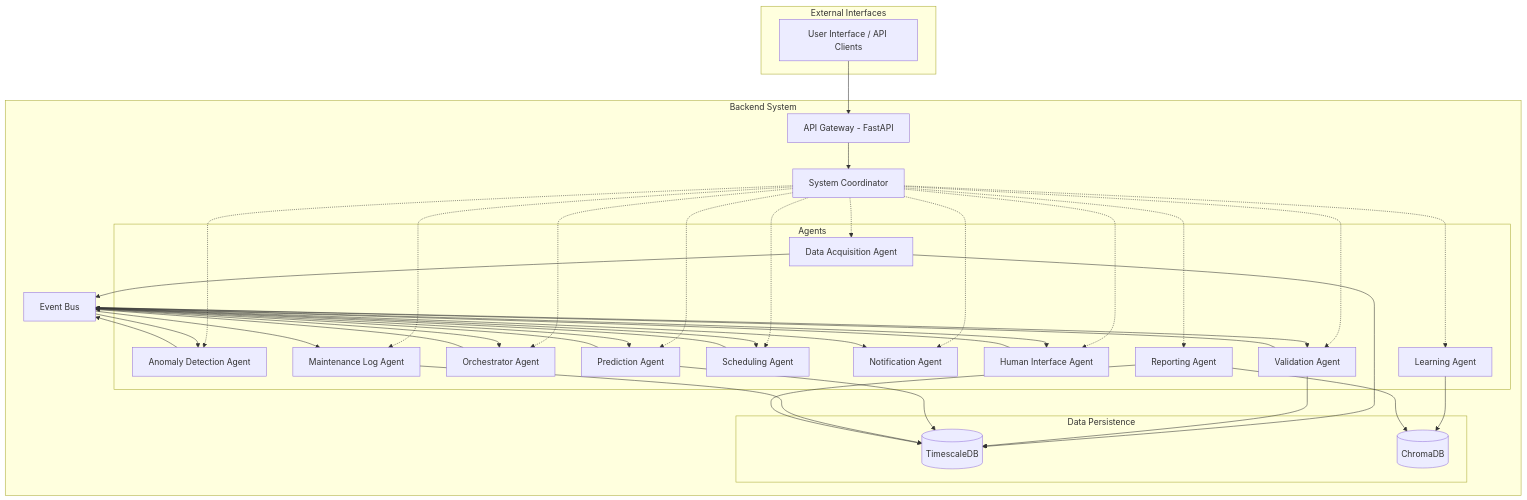
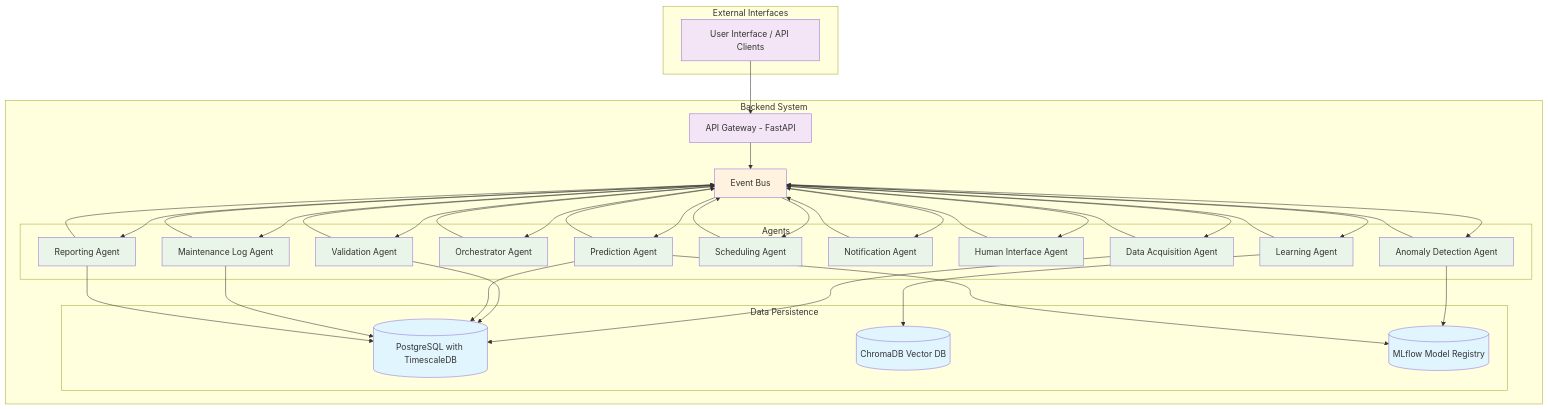
Diagram 15 of 15 in smart-maintenance-saas/docs/SYSTEM_AND_ARCHITECTURE.md (YanCotta/enterprise_challenge_sprint_1_hermes_reply), drawn with Mermaid before and after one commit. The commit also changed other lines of this file, not shown here.

Commit message:
refactor: enhance SYSTEM_AND_ARCHITECTURE.md with additional database ERD visuals and service documentation for improved clarity and detail

````diff
--- a/smart-maintenance-saas/docs/SYSTEM_AND_ARCHITECTURE.md
+++ b/smart-maintenance-saas/docs/SYSTEM_AND_ARCHITECTURE.md
@@ -1118,69 +1220,77 @@
 ```mermaid
 graph TD
     subgraph "External Interfaces"
         UI[User Interface / API Clients]
     end
 
     subgraph "Backend System"
         API[API Gateway - FastAPI]
         EventBus[Event Bus]
-        SystemCoordinator[System Coordinator]
 
         subgraph "Agents"
             DAA[Data Acquisition Agent]
             ADA[Anomaly Detection Agent]
             VA[Validation Agent]
             Orch[Orchestrator Agent]
             PA[Prediction Agent]
             SA[Scheduling Agent]
             NA[Notification Agent]
             HIA[Human Interface Agent]
             RA[Reporting Agent]
             LA[Learning Agent]
             MLA[Maintenance Log Agent]
         end
 
         subgraph "Data Persistence"
-            DB[(TimescaleDB)]
-            VDB[(ChromaDB)]
+            DB[(PostgreSQL with TimescaleDB)]
+            VDB[(ChromaDB Vector DB)]
+            MLF[(MLflow Model Registry)]
         end
     end
 
     UI --> API
-    API --> SystemCoordinator
-    SystemCoordinator -.-> DAA
-    SystemCoordinator -.-> ADA
-    SystemCoordinator -.-> VA
-    SystemCoordinator -.-> Orch
-    SystemCoordinator -.-> PA
-    SystemCoordinator -.-> SA
-    SystemCoordinator -.-> NA
-    SystemCoordinator -.-> HIA
-    SystemCoordinator -.-> RA
-    SystemCoordinator -.-> LA
-    SystemCoordinator -.-> MLA
+    API --> EventBus
+
+    EventBus --> DAA
+    EventBus --> ADA
+    EventBus --> VA
+    EventBus --> Orch
+    EventBus --> PA
+    EventBus --> SA
+    EventBus --> NA
+    EventBus --> HIA
+    EventBus --> RA
+    EventBus --> LA
+    EventBus --> MLA
 
     DAA --> EventBus
-    EventBus --> ADA
     ADA --> EventBus
-    EventBus --> VA
     VA --> EventBus
-    EventBus --> Orch
     Orch --> EventBus
-    EventBus --> PA
-    EventBus --> HIA
     PA --> EventBus
+    SA --> EventBus
+    NA --> EventBus
     HIA --> EventBus
-    EventBus --> SA
-    SA --> EventBus
-    EventBus --> NA
-    EventBus --> MLA
+    RA --> EventBus
+    LA --> EventBus
+    MLA --> EventBus
 
     DAA --> DB
     VA --> DB
     PA --> DB
     MLA --> DB
+    RA --> DB
     LA --> VDB
-    RA --> DB
-    RA --> VDB
+    ADA --> MLF
+    PA --> MLF
+
+    classDef api fill:#f3e5f5
+    classDef agent fill:#e8f5e8
+    classDef eventbus fill:#fff3e0
+    classDef database fill:#e1f5fe
+
+    class UI,API api
+    class DAA,ADA,VA,Orch,PA,SA,NA,HIA,RA,LA,MLA agent
+    class EventBus eventbus
+    class DB,VDB,MLF database
 ```
````
